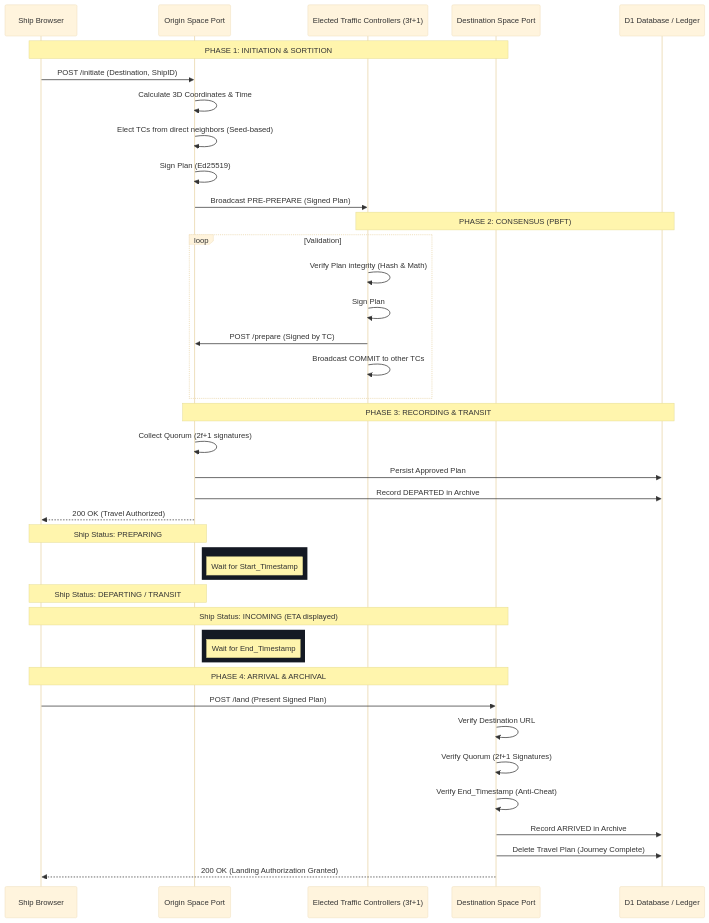
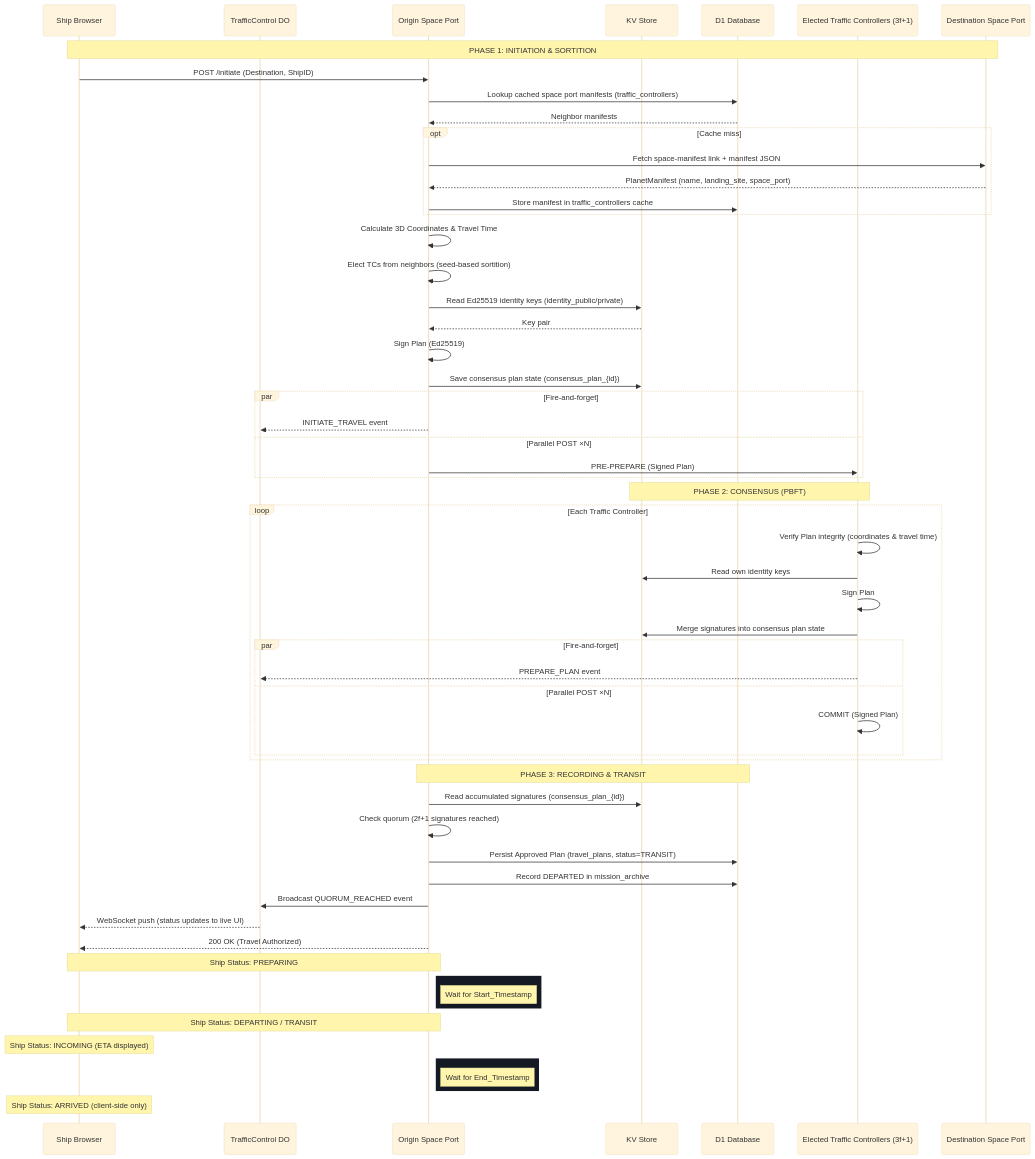
Before and after one commit to Federated-Planets/planet: the first of 2 diagrams in PROTOCOL.md, drawn with Mermaid (base theme). The commit also changed other lines of this file and 3 other files, not shown here.

Commit message:
Added checking destination port

````diff
--- a/PROTOCOL.md
+++ b/PROTOCOL.md
@@ -5,51 +5,68 @@
 ```mermaid
 sequenceDiagram
     participant Traveler as Ship Browser
+    participant DO as TrafficControl DO
     participant Origin as Origin Space Port
+    participant KV as KV Store
+    participant D1 as D1 Database
     participant TCs as Elected Traffic Controllers (3f+1)
     participant Dest as Destination Space Port
-    participant D1 as D1 Database / Ledger
 
     Note over Traveler, Dest: PHASE 1: INITIATION & SORTITION
     Traveler->>Origin: POST /initiate (Destination, ShipID)
-    Origin->>Origin: Calculate 3D Coordinates & Time
-    Origin->>Origin: Elect TCs from direct neighbors (Seed-based)
+    Origin->>D1: Lookup cached space port manifests (traffic_controllers)
+    D1-->>Origin: Neighbor manifests
+    opt Cache miss
+        Origin->>Dest: Fetch space-manifest link + manifest JSON
+        Dest-->>Origin: PlanetManifest (name, landing_site, space_port)
+        Origin->>D1: Store manifest in traffic_controllers cache
+    end
+    Origin->>Origin: Calculate 3D Coordinates & Travel Time
+    Origin->>Origin: Elect TCs from neighbors (seed-based sortition)
+    Origin->>KV: Read Ed25519 identity keys (identity_public/private)
+    KV-->>Origin: Key pair
     Origin->>Origin: Sign Plan (Ed25519)
-    Origin->>TCs: Broadcast PRE-PREPARE (Signed Plan)
+    Origin->>KV: Save consensus plan state (consensus_plan_{id})
+    par Fire-and-forget
+        Origin-->>DO: INITIATE_TRAVEL event
+    and Parallel POST ×N
+        Origin->>TCs: PRE-PREPARE (Signed Plan)
+    end
 
-    Note over TCs, D1: PHASE 2: CONSENSUS (PBFT)
-    loop Validation
-        TCs->>TCs: Verify Plan integrity (Hash & Math)
+    Note over TCs, KV: PHASE 2: CONSENSUS (PBFT)
+    loop Each Traffic Controller
+        TCs->>TCs: Verify Plan integrity (coordinates & travel time)
+        TCs->>KV: Read own identity keys
         TCs->>TCs: Sign Plan
-        TCs->>Origin: POST /prepare (Signed by TC)
-        TCs->>TCs: Broadcast COMMIT to other TCs
+        TCs->>KV: Merge signatures into consensus plan state
+        par Fire-and-forget
+            TCs-->>DO: PREPARE_PLAN event
+        and Parallel POST ×N
+            TCs->>TCs: COMMIT (Signed Plan)
+        end
     end
 
     Note over Origin, D1: PHASE 3: RECORDING & TRANSIT
-    Origin->>Origin: Collect Quorum (2f+1 signatures)
-    Origin->>D1: Persist Approved Plan
-    Origin->>D1: Record DEPARTED in Archive
+    Origin->>KV: Read accumulated signatures (consensus_plan_{id})
+    Origin->>Origin: Check quorum (2f+1 signatures reached)
+    Origin->>D1: Persist Approved Plan (travel_plans, status=TRANSIT)
+    Origin->>D1: Record DEPARTED in mission_archive
+    Origin->>DO: Broadcast QUORUM_REACHED event
+    DO-->>Traveler: WebSocket push (status updates to live UI)
     Origin-->>Traveler: 200 OK (Travel Authorized)
 
     Note over Origin, Traveler: Ship Status: PREPARING
 
     rect rgb(20, 25, 35)
         Note right of Origin: Wait for Start_Timestamp
     end
 
     Note over Origin, Traveler: Ship Status: DEPARTING / TRANSIT
-    Note over Dest, Traveler: Ship Status: INCOMING (ETA displayed)
+    Note over Traveler: Ship Status: INCOMING (ETA displayed)
 
     rect rgb(20, 25, 35)
         Note right of Origin: Wait for End_Timestamp
     end
 
-    Note over Traveler, Dest: PHASE 4: ARRIVAL & ARCHIVAL
-    Traveler->>Dest: POST /land (Present Signed Plan)
-    Dest->>Dest: Verify Destination URL
-    Dest->>Dest: Verify Quorum (2f+1 Signatures)
-    Dest->>Dest: Verify End_Timestamp (Anti-Cheat)
-    Dest->>D1: Record ARRIVED in Archive
-    Dest->>D1: Delete Travel Plan (Journey Complete)
-    Dest-->>Traveler: 200 OK (Landing Authorization Granted)
+    Note over Traveler: Ship Status: ARRIVED (client-side only)
 ```
````
